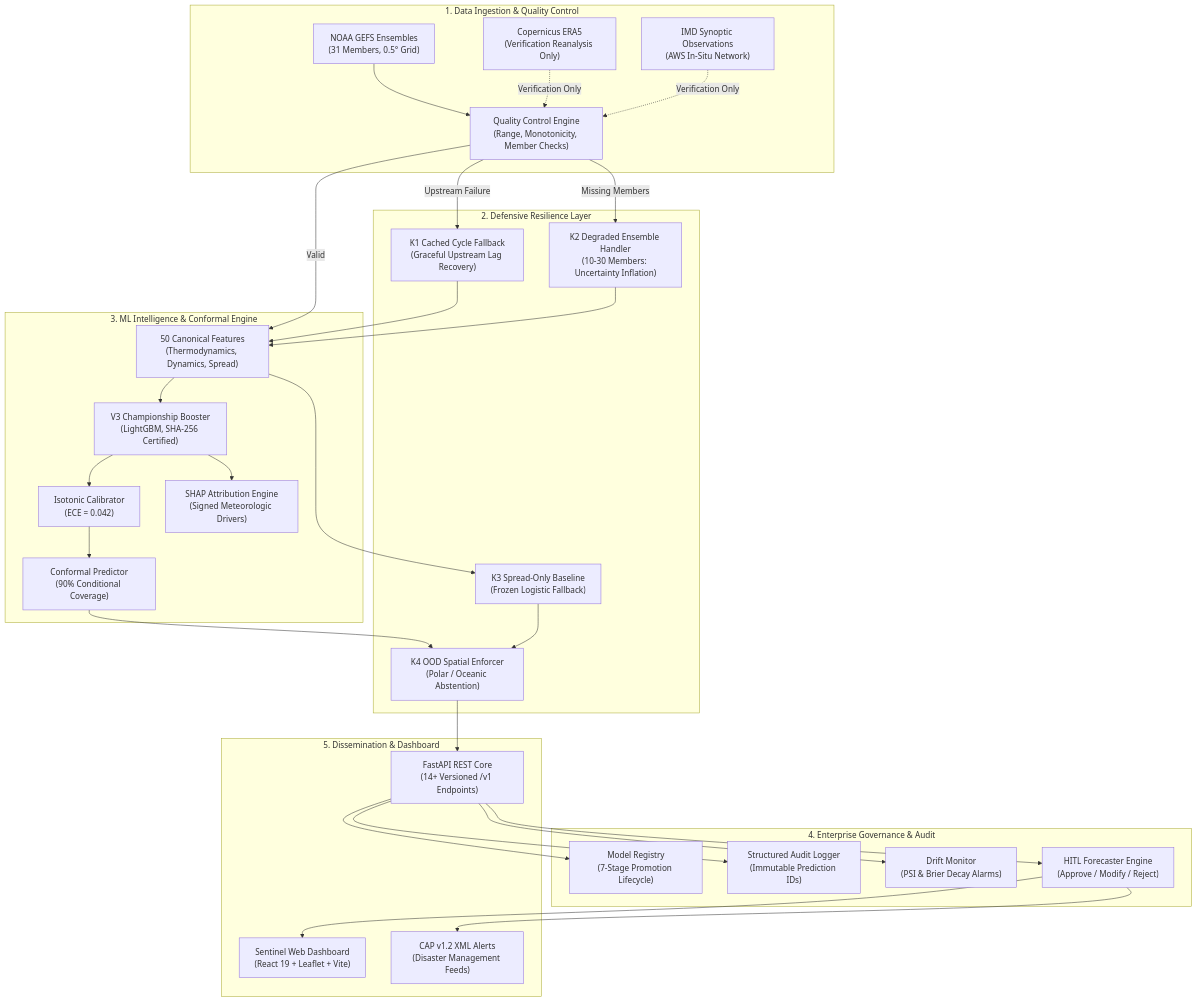
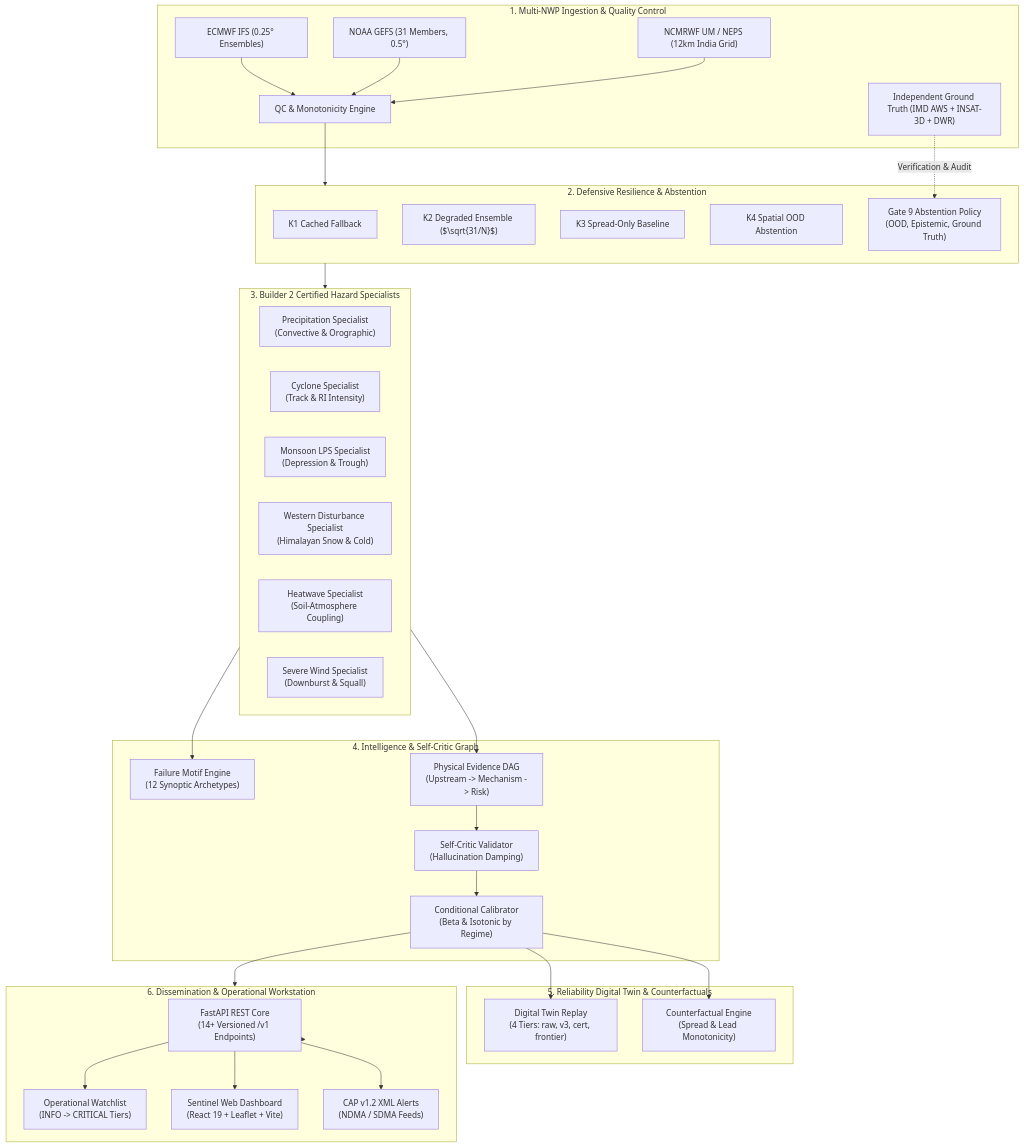
Before and after one commit to adishxm/Veyra-Know-When-Forecasts-May-Fail-VERSION-2: the diagram in README.md, drawn with Mermaid. The commit also changed other lines of this file, not shown here.

Commit message:
docs: advance README.md with full Gates 1-11 architecture, 6 hazard specialists, Digital Twin, and 816 test benchmarks

````diff
--- a/README.md
+++ b/README.md
@@ -95,60 +147,67 @@
 ```mermaid
 flowchart TB
-    subgraph Ingestion ["1. Data Ingestion & Quality Control"]
-        NOAA["NOAA GEFS Ensembles<br/>(31 Members, 0.5° Grid)"]
-        ERA5["Copernicus ERA5<br/>(Verification Reanalysis Only)"]
-        IMD["IMD Synoptic Observations<br/>(AWS In-Situ Network)"]
-        QC["Quality Control Engine<br/>(Range, Monotonicity, Member Checks)"]
+    subgraph Ingestion ["1. Multi-NWP Ingestion & Quality Control"]
+        ECMWF["ECMWF IFS (0.25° Ensembles)"]
+        NOAA["NOAA GEFS (31 Members, 0.5°)"]
+        NCMRWF["NCMRWF UM / NEPS (12km India Grid)"]
+        TRUTH["Independent Ground Truth (IMD AWS + INSAT-3D + DWR)"]
+        QC["QC & Monotonicity Engine"]
     end
 
-    subgraph Defense ["2. Defensive Resilience Layer"]
-        K1["K1 Cached Cycle Fallback<br/>(Graceful Upstream Lag Recovery)"]
-        K2["K2 Degraded Ensemble Handler<br/>(10-30 Members: Uncertainty Inflation)"]
-        K3["K3 Spread-Only Baseline<br/>(Frozen Logistic Fallback)"]
-        K4["K4 OOD Spatial Enforcer<br/>(Polar / Oceanic Abstention)"]
+    subgraph Defense ["2. Defensive Resilience & Abstention"]
+        K1["K1 Cached Fallback"]
+        K2["K2 Degraded Ensemble ($\sqrt{31/N}$)"]
+        K3["K3 Spread-Only Baseline"]
+        K4["K4 Spatial OOD Abstention"]
+        G9["Gate 9 Abstention Policy<br/>(OOD, Epistemic, Ground Truth)"]
     end
 
-    subgraph Intelligence ["3. ML Intelligence & Conformal Engine"]
-        FE["50 Canonical Features<br/>(Thermodynamics, Dynamics, Spread)"]
-        V3["V3 Championship Booster<br/>(LightGBM, SHA-256 Certified)"]
-        Calib["Isotonic Calibrator<br/>(ECE = 0.042)"]
-        Conf["Conformal Predictor<br/>(90% Conditional Coverage)"]
-        SHAP["SHAP Attribution Engine<br/>(Signed Meteorologic Drivers)"]
+    subgraph Specialists ["3. Builder 2 Certified Hazard Specialists"]
+        P_SPEC["Precipitation Specialist<br/>(Convective & Orographic)"]
+        C_SPEC["Cyclone Specialist<br/>(Track & RI Intensity)"]
+        M_SPEC["Monsoon LPS Specialist<br/>(Depression & Trough)"]
+        W_SPEC["Western Disturbance Specialist<br/>(Himalayan Snow & Cold)"]
+        H_SPEC["Heatwave Specialist<br/>(Soil-Atmosphere Coupling)"]
+        S_SPEC["Severe Wind Specialist<br/>(Downburst & Squall)"]
     end
 
-    subgraph Governance ["4. Enterprise Governance & Audit"]
-        Reg["Model Registry<br/>(7-Stage Promotion Lifecycle)"]
-        Audit["Structured Audit Logger<br/>(Immutable Prediction IDs)"]
-        Drift["Drift Monitor<br/>(PSI & Brier Decay Alarms)"]
-        HITL["HITL Forecaster Engine<br/>(Approve / Modify / Reject)"]
+    subgraph Intelligence ["4. Intelligence & Self-Critic Graph"]
+        MOTIF["Failure Motif Engine<br/>(12 Synoptic Archetypes)"]
+        EVID["Physical Evidence DAG<br/>(Upstream -> Mechanism -> Risk)"]
+        CRITIC["Self-Critic Validator<br/>(Hallucination Damping)"]
+        CALIB["Conditional Calibrator<br/>(Beta & Isotonic by Regime)"]
     end
 
-    subgraph Delivery ["5. Dissemination & Dashboard"]
-        API["FastAPI REST Core<br/>(14+ Versioned /v1 Endpoints)"]
-        UI["Sentinel Web Dashboard<br/>(React 19 + Leaflet + Vite)"]
-        CAP["CAP v1.2 XML Alerts<br/>(Disaster Management Feeds)"]
+    subgraph Twin ["5. Reliability Digital Twin & Counterfactuals"]
+        TWIN["Digital Twin Replay<br/>(4 Tiers: raw, v3, cert, frontier)"]
+        CF["Counterfactual Engine<br/>(Spread & Lead Monotonicity)"]
     end
 
+    subgraph Operations ["6. Dissemination & Operational Workstation"]
+        API["FastAPI REST Core<br/>(14+ Versioned /v1 Endpoints)"]
+        WATCH["Operational Watchlist<br/>(INFO -> CRITICAL Tiers)"]
+        DASH["Sentinel Web Dashboard<br/>(React 19 + Leaflet + Vite)"]
+        CAP["CAP v1.2 XML Alerts<br/>(NDMA / SDMA Feeds)"]
+    end
+
+    ECMWF --> QC
     NOAA --> QC
-    ERA5 -.->|Verification Only| QC
-    IMD -.->|Verification Only| QC
-    QC -->|Valid| FE
-    QC -->|Upstream Failure| K1 --> FE
-    QC -->|Missing Members| K2 --> FE
+    NCMRWF --> QC
+    TRUTH -.->|Verification & Audit| G9
+    QC --> Defense
+    Defense --> Specialists
 
-    FE --> V3
-    FE --> K3
-    V3 --> Calib --> Conf
-    V3 --> SHAP
+    Specialists --> MOTIF
+    Specialists --> EVID
+    EVID --> CRITIC
+    CRITIC --> CALIB
 
-    Conf --> K4
-    K3 --> K4
-    K4 --> API
+    CALIB --> TWIN
+    CALIB --> CF
+    CALIB --> Operations
 
-    API --> Reg
-    API --> Audit
-    API --> Drift
-    API --> HITL
-    HITL --> UI
-    HITL --> CAP
+    Operations --> API
+    API --> WATCH
+    API --> DASH
+    API --> CAP
 ```
````
